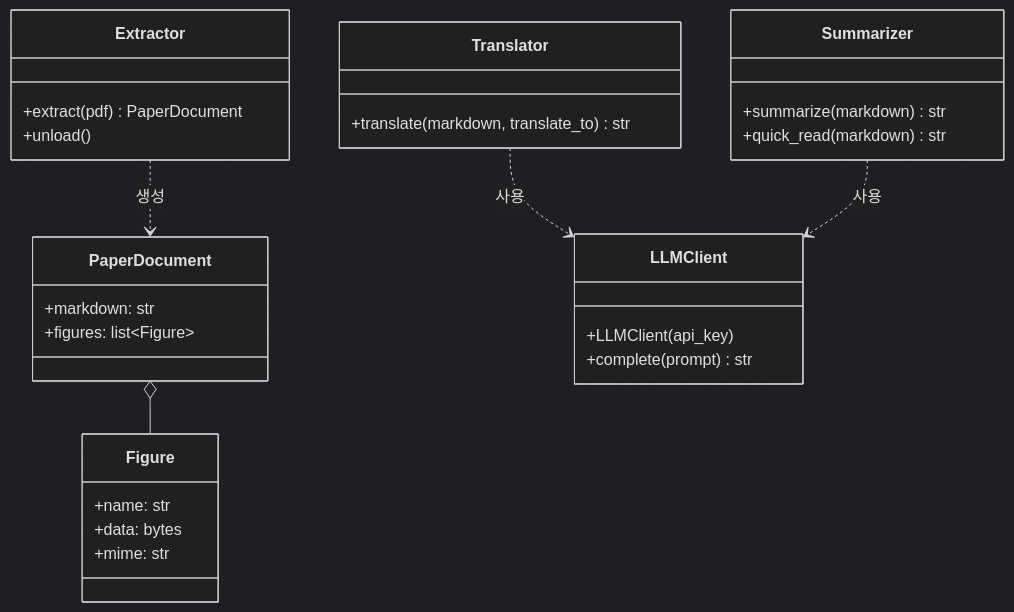
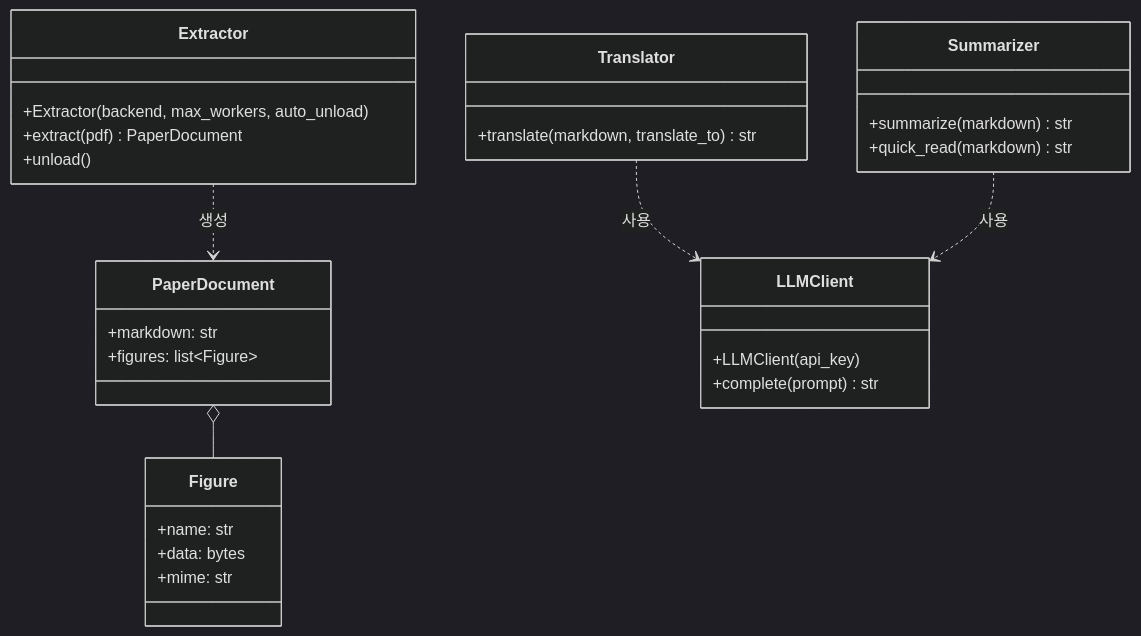
The second of 3 diagrams in Architecture.md (gatesplan/papercut), drawn with Mermaid (dark theme) before and after one commit. The commit also changed other lines of this file, not shown here.

Commit message:
설계: Extractor 내부 작업 큐, max_workers, auto_unload 확정

````diff
--- a/Architecture.md
+++ b/Architecture.md
@@ -70,32 +73,33 @@
 ```mermaid
 classDiagram
     class PaperDocument {
         +markdown: str
         +figures: list~Figure~
     }
     class Figure {
         +name: str
         +data: bytes
         +mime: str
     }
     class Extractor {
+        +Extractor(backend, max_workers, auto_unload)
         +extract(pdf) PaperDocument
         +unload()
     }
     class LLMClient {
         +LLMClient(api_key)
         +complete(prompt) str
     }
     class Translator {
         +translate(markdown, translate_to) str
     }
     class Summarizer {
         +summarize(markdown) str
         +quick_read(markdown) str
     }
 
     PaperDocument o-- Figure
     Extractor ..> PaperDocument : 생성
     Translator ..> LLMClient : 사용
     Summarizer ..> LLMClient : 사용
 ```
````
